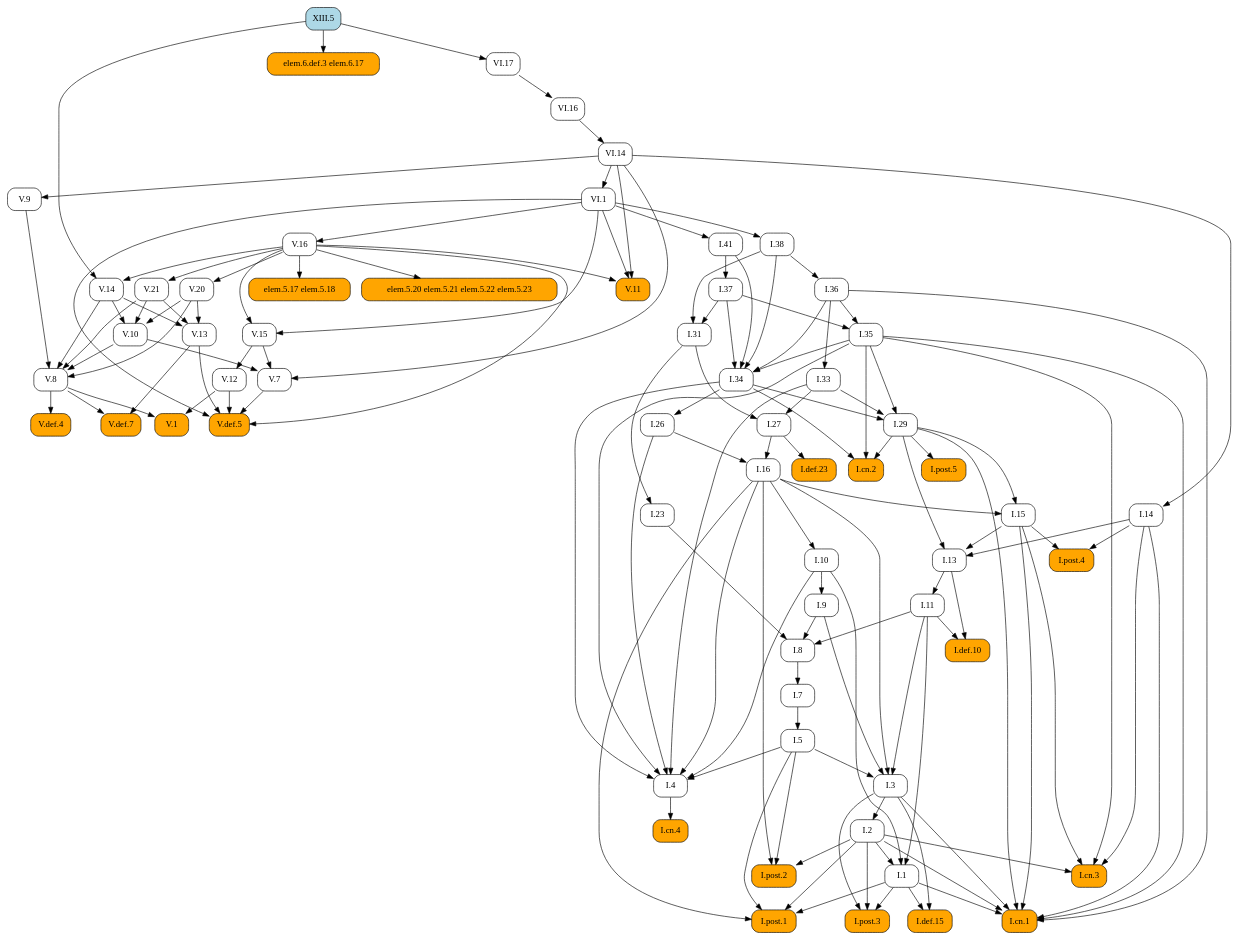
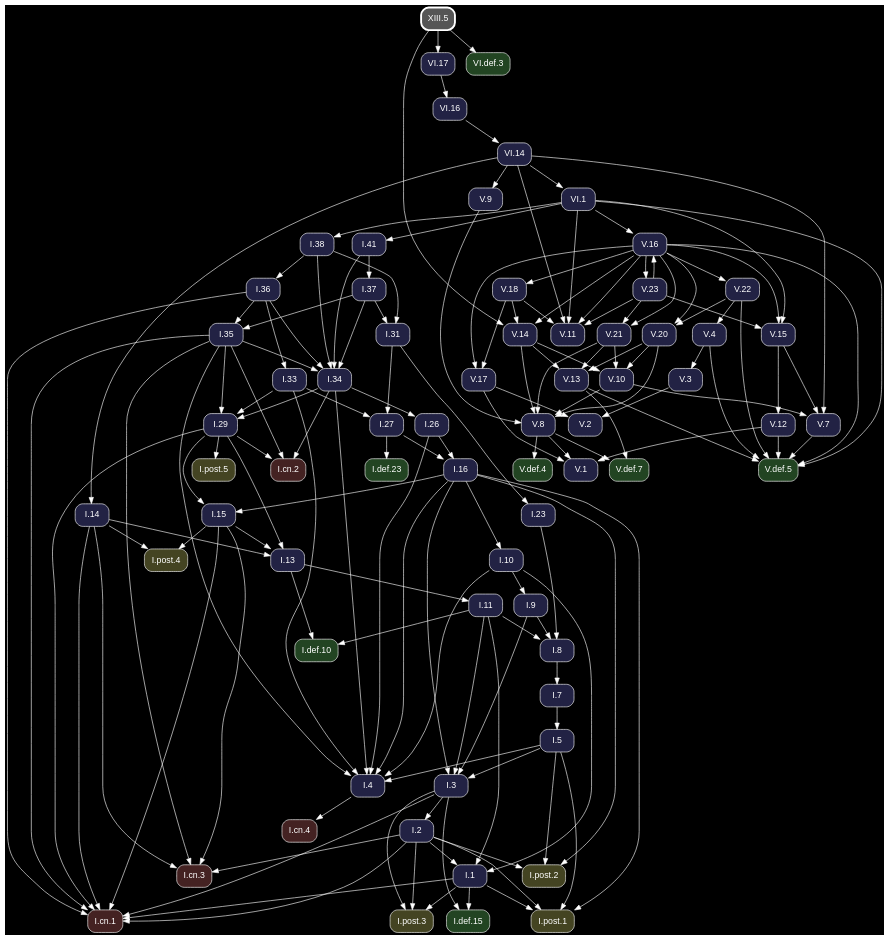
Before and after one commit to geometor/elements: the diagram in docsrc/heath/XIII/5/index.rst, drawn with Graphviz. The commit also changed other lines of this file and 1200 other files, not shown here.

Commit message:
update dependency graphs

```diff
--- a/docsrc/heath/XIII/5/index.rst
+++ b/docsrc/heath/XIII/5/index.rst
@@ -45,128 +45,81 @@
 .. graphviz::
 
    digraph {
+     bgcolor="black";
+     node [shape=box, style="rounded,filled", fontname="Helvetica", color="white", fontcolor="white"];
+     edge [color="white", fontcolor="white"];
      rankdir="TB";
-     node [shape=box, style=rounded];
-     "V.16" [URL="/heath/V/16/", target="_top"];
-     "I.23" [URL="/heath/I/23/", target="_top"];
-     "I.9" [URL="/heath/I/9/", target="_top"];
-     "I.33" [URL="/heath/I/33/", target="_top"];
-     "XIII.5" [style="rounded,filled", fillcolor=lightblue, URL="/heath/XIII/5/", target="_top"];
-     "I.def.15" [style="rounded,filled", fillcolor=orange, URL="/heath/I/def.15/", target="_top"];
-     "V.13" [URL="/heath/V/13/", target="_top"];
-     "V.7" [URL="/heath/V/7/", target="_top"];
-     "elem.5.17 elem.5.18" [style="rounded,filled", fillcolor=orange];
-     "I.post.3" [style="rounded,filled", fillcolor=orange, URL="/heath/I/post.3/", target="_top"];
-     "I.post.1" [style="rounded,filled", fillcolor=orange, URL="/heath/I/post.1/", target="_top"];
-     "V.14" [URL="/heath/V/14/", target="_top"];
-     "V.def.5" [style="rounded,filled", fillcolor=orange, URL="/heath/V/def.5/", target="_top"];
-     "V.9" [URL="/heath/V/9/", target="_top"];
-     "I.31" [URL="/heath/I/31/", target="_top"];
-     "V.10" [URL="/heath/V/10/", target="_top"];
-     "I.def.10" [style="rounded,filled", fillcolor=orange, URL="/heath/I/def.10/", target="_top"];
-     "VI.1" [URL="/heath/VI/1/", target="_top"];
-     "V.20" [URL="/heath/V/20/", target="_top"];
-     "VI.14" [URL="/heath/VI/14/", target="_top"];
-     "I.27" [URL="/heath/I/27/", target="_top"];
-     "I.14" [URL="/heath/I/14/", target="_top"];
-     "V.11" [style="rounded,filled", fillcolor=orange, URL="/heath/V/11/", target="_top"];
-     "elem.5.20 elem.5.21 elem.5.22 elem.5.23" [style="rounded,filled", fillcolor=orange];
-     "I.34" [URL="/heath/I/34/", target="_top"];
-     "V.12" [URL="/heath/V/12/", target="_top"];
-     "I.3" [URL="/heath/I/3/", target="_top"];
-     "V.def.4" [style="rounded,filled", fillcolor=orange, URL="/heath/V/def.4/", target="_top"];
-     "I.35" [URL="/heath/I/35/", target="_top"];
-     "I.cn.1" [style="rounded,filled", fillcolor=orange, URL="/heath/I/cn.1/", target="_top"];
-     "V.def.7" [style="rounded,filled", fillcolor=orange, URL="/heath/V/def.7/", target="_top"];
-     "I.7" [URL="/heath/I/7/", target="_top"];
-     "V.21" [URL="/heath/V/21/", target="_top"];
-     "I.2" [URL="/heath/I/2/", target="_top"];
-     "elem.6.def.3 elem.6.17" [style="rounded,filled", fillcolor=orange];
-     "I.36" [URL="/heath/I/36/", target="_top"];
-     "I.13" [URL="/heath/I/13/", target="_top"];
-     "I.post.4" [style="rounded,filled", fillcolor=orange, URL="/heath/I/post.4/", target="_top"];
-     "I.4" [URL="/heath/I/4/", target="_top"];
-     "I.1" [URL="/heath/I/1/", target="_top"];
-     "I.5" [URL="/heath/I/5/", target="_top"];
-     "I.37" [URL="/heath/I/37/", target="_top"];
-     "I.8" [URL="/heath/I/8/", target="_top"];
-     "I.cn.3" [style="rounded,filled", fillcolor=orange, URL="/heath/I/cn.3/", target="_top"];
-     "I.29" [URL="/heath/I/29/", target="_top"];
-     "I.16" [URL="/heath/I/16/", target="_top"];
-     "V.8" [URL="/heath/V/8/", target="_top"];
-     "I.38" [URL="/heath/I/38/", target="_top"];
-     "I.15" [URL="/heath/I/15/", target="_top"];
-     "V.1" [style="rounded,filled", fillcolor=orange, URL="/heath/V/1/", target="_top"];
-     "I.11" [URL="/heath/I/11/", target="_top"];
-     "I.def.23" [style="rounded,filled", fillcolor=orange, URL="/heath/I/def.23/", target="_top"];
-     "I.10" [URL="/heath/I/10/", target="_top"];
-     "I.cn.2" [style="rounded,filled", fillcolor=orange, URL="/heath/I/cn.2/", target="_top"];
-     "I.post.5" [style="rounded,filled", fillcolor=orange, URL="/heath/I/post.5/", target="_top"];
-     "VI.17" [URL="/heath/VI/17/", target="_top"];
-     "I.cn.4" [style="rounded,filled", fillcolor=orange, URL="/heath/I/cn.4/", target="_top"];
-     "I.41" [URL="/heath/I/41/", target="_top"];
-     "V.15" [URL="/heath/V/15/", target="_top"];
-     "I.post.2" [style="rounded,filled", fillcolor=orange, URL="/heath/I/post.2/", target="_top"];
-     "I.26" [URL="/heath/I/26/", target="_top"];
-     "VI.16" [URL="/heath/VI/16/", target="_top"];
-     "VI.1" -> "V.16";
-     "I.31" -> "I.23";
-     "I.10" -> "I.9";
-     "I.36" -> "I.33";
-     "I.1" -> "I.def.15";
-     "I.3" -> "I.def.15";
-     "V.14" -> "V.13";
-     "V.20" -> "V.13";
-     "V.21" -> "V.13";
-     "V.10" -> "V.7";
-     "V.15" -> "V.7";
-     "VI.14" -> "V.7";
-     "V.16" -> "elem.5.17 elem.5.18";
-     "I.1" -> "I.post.3";
-     "I.2" -> "I.post.3";
-     "I.3" -> "I.post.3";
-     "I.1" -> "I.post.1";
-     "I.2" -> "I.post.1";
-     "I.5" -> "I.post.1";
-     "I.16" -> "I.post.1";
-     "V.16" -> "V.14";
-     "XIII.5" -> "V.14";
-     "V.7" -> "V.def.5";
-     "V.12" -> "V.def.5";
-     "V.13" -> "V.def.5";
-     "V.16" -> "V.def.5";
-     "VI.1" -> "V.def.5";
-     "VI.14" -> "V.9";
-     "I.37" -> "I.31";
-     "I.38" -> "I.31";
-     "V.14" -> "V.10";
-     "V.20" -> "V.10";
-     "V.21" -> "V.10";
-     "I.11" -> "I.def.10";
-     "I.13" -> "I.def.10";
-     "VI.14" -> "VI.1";
-     "V.16" -> "V.20";
-     "VI.16" -> "VI.14";
-     "I.31" -> "I.27";
-     "I.33" -> "I.27";
-     "VI.14" -> "I.14";
-     "V.16" -> "V.11";
-     "VI.1" -> "V.11";
-     "VI.14" -> "V.11";
-     "V.16" -> "elem.5.20 elem.5.21 elem.5.22 elem.5.23";
-     "I.35" -> "I.34";
-     "I.36" -> "I.34";
-     "I.37" -> "I.34";
-     "I.38" -> "I.34";
-     "I.41" -> "I.34";
-     "V.15" -> "V.12";
-     "I.5" -> "I.3";
-     "I.9" -> "I.3";
-     "I.11" -> "I.3";
-     "I.16" -> "I.3";
-     "V.8" -> "V.def.4";
-     "I.36" -> "I.35";
-     "I.37" -> "I.35";
+     "V.15" [fillcolor="#222244", URL="/heath/V/15/", target="_top"];
+     "VI.def.3" [fillcolor="#224422", URL="/heath/VI/def.3/", target="_top"];
+     "I.cn.1" [fillcolor="#442222", URL="/heath/I/cn.1/", target="_top"];
+     "V.18" [fillcolor="#222244", URL="/heath/V/18/", target="_top"];
+     "V.14" [fillcolor="#222244", URL="/heath/V/14/", target="_top"];
+     "I.27" [fillcolor="#222244", URL="/heath/I/27/", target="_top"];
+     "V.23" [fillcolor="#222244", URL="/heath/V/23/", target="_top"];
+     "I.2" [fillcolor="#222244", URL="/heath/I/2/", target="_top"];
+     "I.41" [fillcolor="#222244", URL="/heath/I/41/", target="_top"];
+     "I.post.4" [fillcolor="#444422", URL="/heath/I/post.4/", target="_top"];
+     "I.26" [fillcolor="#222244", URL="/heath/I/26/", target="_top"];
+     "I.8" [fillcolor="#222244", URL="/heath/I/8/", target="_top"];
+     "V.4" [fillcolor="#222244", URL="/heath/V/4/", target="_top"];
+     "V.16" [fillcolor="#222244", URL="/heath/V/16/", target="_top"];
+     "I.7" [fillcolor="#222244", URL="/heath/I/7/", target="_top"];
+     "I.5" [fillcolor="#222244", URL="/heath/I/5/", target="_top"];
+     "V.11" [fillcolor="#222244", URL="/heath/V/11/", target="_top"];
+     "V.def.4" [fillcolor="#224422", URL="/heath/V/def.4/", target="_top"];
+     "V.20" [fillcolor="#222244", URL="/heath/V/20/", target="_top"];
+     "I.11" [fillcolor="#222244", URL="/heath/I/11/", target="_top"];
+     "I.37" [fillcolor="#222244", URL="/heath/I/37/", target="_top"];
+     "I.cn.3" [fillcolor="#442222", URL="/heath/I/cn.3/", target="_top"];
+     "I.36" [fillcolor="#222244", URL="/heath/I/36/", target="_top"];
+     "I.38" [fillcolor="#222244", URL="/heath/I/38/", target="_top"];
+     "I.post.2" [fillcolor="#444422", URL="/heath/I/post.2/", target="_top"];
+     "I.def.23" [fillcolor="#224422", URL="/heath/I/def.23/", target="_top"];
+     "I.35" [fillcolor="#222244", URL="/heath/I/35/", target="_top"];
+     "I.post.3" [fillcolor="#444422", URL="/heath/I/post.3/", target="_top"];
+     "V.13" [fillcolor="#222244", URL="/heath/V/13/", target="_top"];
+     "V.8" [fillcolor="#222244", URL="/heath/V/8/", target="_top"];
+     "I.33" [fillcolor="#222244", URL="/heath/I/33/", target="_top"];
+     "VI.17" [fillcolor="#222244", URL="/heath/VI/17/", target="_top"];
+     "V.10" [fillcolor="#222244", URL="/heath/V/10/", target="_top"];
+     "V.def.5" [fillcolor="#224422", URL="/heath/V/def.5/", target="_top"];
+     "V.22" [fillcolor="#222244", URL="/heath/V/22/", target="_top"];
+     "I.31" [fillcolor="#222244", URL="/heath/I/31/", target="_top"];
+     "I.3" [fillcolor="#222244", URL="/heath/I/3/", target="_top"];
+     "V.12" [fillcolor="#222244", URL="/heath/V/12/", target="_top"];
+     "I.def.10" [fillcolor="#224422", URL="/heath/I/def.10/", target="_top"];
+     "I.15" [fillcolor="#222244", URL="/heath/I/15/", target="_top"];
+     "I.13" [fillcolor="#222244", URL="/heath/I/13/", target="_top"];
+     "I.cn.2" [fillcolor="#442222", URL="/heath/I/cn.2/", target="_top"];
+     "I.9" [fillcolor="#222244", URL="/heath/I/9/", target="_top"];
+     "I.1" [fillcolor="#222244", URL="/heath/I/1/", target="_top"];
+     "I.post.5" [fillcolor="#444422", URL="/heath/I/post.5/", target="_top"];
+     "VI.14" [fillcolor="#222244", URL="/heath/VI/14/", target="_top"];
+     "I.23" [fillcolor="#222244", URL="/heath/I/23/", target="_top"];
+     "I.4" [fillcolor="#222244", URL="/heath/I/4/", target="_top"];
+     "V.7" [fillcolor="#222244", URL="/heath/V/7/", target="_top"];
+     "V.9" [fillcolor="#222244", URL="/heath/V/9/", target="_top"];
+     "VI.1" [fillcolor="#222244", URL="/heath/VI/1/", target="_top"];
+     "I.10" [fillcolor="#222244", URL="/heath/I/10/", target="_top"];
+     "V.def.7" [fillcolor="#224422", URL="/heath/V/def.7/", target="_top"];
+     "I.post.1" [fillcolor="#444422", URL="/heath/I/post.1/", target="_top"];
+     "I.16" [fillcolor="#222244", URL="/heath/I/16/", target="_top"];
+     "I.29" [fillcolor="#222244", URL="/heath/I/29/", target="_top"];
+     "VI.16" [fillcolor="#222244", URL="/heath/VI/16/", target="_top"];
+     "I.cn.4" [fillcolor="#442222", URL="/heath/I/cn.4/", target="_top"];
+     "I.14" [fillcolor="#222244", URL="/heath/I/14/", target="_top"];
+     "V.1" [fillcolor="#222244", URL="/heath/V/1/", target="_top"];
+     "V.2" [fillcolor="#222244", URL="/heath/V/2/", target="_top"];
+     "V.21" [fillcolor="#222244", URL="/heath/V/21/", target="_top"];
+     "I.34" [fillcolor="#222244", URL="/heath/I/34/", target="_top"];
+     "I.def.15" [fillcolor="#224422", URL="/heath/I/def.15/", target="_top"];
+     "V.3" [fillcolor="#222244", URL="/heath/V/3/", target="_top"];
+     "V.17" [fillcolor="#222244", URL="/heath/V/17/", target="_top"];
+     "XIII.5" [penwidth=3, color="white", fillcolor="#555555", URL="/heath/XIII/5/", target="_top"];
+     "V.16" -> "V.15";
+     "V.23" -> "V.15";
+     "VI.1" -> "V.15";
+     "XIII.5" -> "VI.def.3";
      "I.1" -> "I.cn.1";
      "I.2" -> "I.cn.1";
      "I.3" -> "I.cn.1";
@@ -175,18 +128,96 @@
      "I.29" -> "I.cn.1";
      "I.35" -> "I.cn.1";
      "I.36" -> "I.cn.1";
-     "V.8" -> "V.def.7";
-     "V.13" -> "V.def.7";
+     "V.16" -> "V.18";
+     "V.16" -> "V.14";
+     "V.18" -> "V.14";
+     "XIII.5" -> "V.14";
+     "I.31" -> "I.27";
+     "I.33" -> "I.27";
+     "V.16" -> "V.23";
+     "I.3" -> "I.2";
+     "VI.1" -> "I.41";
+     "I.14" -> "I.post.4";
+     "I.15" -> "I.post.4";
+     "I.34" -> "I.26";
+     "I.9" -> "I.8";
+     "I.11" -> "I.8";
+     "I.23" -> "I.8";
+     "V.22" -> "V.4";
+     "V.23" -> "V.16";
+     "VI.1" -> "V.16";
      "I.8" -> "I.7";
-     "V.16" -> "V.21";
-     "I.3" -> "I.2";
-     "XIII.5" -> "elem.6.def.3 elem.6.17";
+     "I.7" -> "I.5";
+     "V.16" -> "V.11";
+     "V.18" -> "V.11";
+     "V.23" -> "V.11";
+     "VI.1" -> "V.11";
+     "VI.14" -> "V.11";
+     "V.8" -> "V.def.4";
+     "V.16" -> "V.20";
+     "V.22" -> "V.20";
+     "I.13" -> "I.11";
+     "I.41" -> "I.37";
+     "I.2" -> "I.cn.3";
+     "I.14" -> "I.cn.3";
+     "I.15" -> "I.cn.3";
+     "I.35" -> "I.cn.3";
      "I.38" -> "I.36";
+     "VI.1" -> "I.38";
+     "I.2" -> "I.post.2";
+     "I.5" -> "I.post.2";
+     "I.16" -> "I.post.2";
+     "I.27" -> "I.def.23";
+     "I.36" -> "I.35";
+     "I.37" -> "I.35";
+     "I.1" -> "I.post.3";
+     "I.2" -> "I.post.3";
+     "I.3" -> "I.post.3";
+     "V.14" -> "V.13";
+     "V.20" -> "V.13";
+     "V.21" -> "V.13";
+     "V.9" -> "V.8";
+     "V.10" -> "V.8";
+     "V.14" -> "V.8";
+     "V.20" -> "V.8";
+     "V.21" -> "V.8";
+     "I.36" -> "I.33";
+     "XIII.5" -> "VI.17";
+     "V.14" -> "V.10";
+     "V.20" -> "V.10";
+     "V.21" -> "V.10";
+     "V.4" -> "V.def.5";
+     "V.7" -> "V.def.5";
+     "V.12" -> "V.def.5";
+     "V.13" -> "V.def.5";
+     "V.16" -> "V.def.5";
+     "V.22" -> "V.def.5";
+     "VI.1" -> "V.def.5";
+     "V.16" -> "V.22";
+     "I.37" -> "I.31";
+     "I.38" -> "I.31";
+     "I.5" -> "I.3";
+     "I.9" -> "I.3";
+     "I.11" -> "I.3";
+     "I.16" -> "I.3";
+     "V.15" -> "V.12";
+     "I.11" -> "I.def.10";
+     "I.13" -> "I.def.10";
+     "I.16" -> "I.15";
+     "I.29" -> "I.15";
      "I.14" -> "I.13";
      "I.15" -> "I.13";
      "I.29" -> "I.13";
-     "I.14" -> "I.post.4";
-     "I.15" -> "I.post.4";
+     "I.29" -> "I.cn.2";
+     "I.34" -> "I.cn.2";
+     "I.35" -> "I.cn.2";
+     "I.10" -> "I.9";
+     "I.2" -> "I.1";
+     "I.10" -> "I.1";
+     "I.11" -> "I.1";
+     "I.29" -> "I.post.5";
+     "VI.16" -> "VI.14";
+     "I.31" -> "I.23";
      "I.5" -> "I.4";
      "I.10" -> "I.4";
      "I.16" -> "I.4";
@@ -194,48 +225,41 @@
      "I.33" -> "I.4";
      "I.34" -> "I.4";
      "I.35" -> "I.4";
-     "I.2" -> "I.1";
-     "I.10" -> "I.1";
-     "I.11" -> "I.1";
-     "I.7" -> "I.5";
-     "I.41" -> "I.37";
-     "I.9" -> "I.8";
-     "I.11" -> "I.8";
-     "I.23" -> "I.8";
-     "I.2" -> "I.cn.3";
-     "I.14" -> "I.cn.3";
-     "I.15" -> "I.cn.3";
-     "I.35" -> "I.cn.3";
+     "V.10" -> "V.7";
+     "V.15" -> "V.7";
+     "VI.14" -> "V.7";
+     "VI.14" -> "V.9";
+     "VI.14" -> "VI.1";
+     "I.16" -> "I.10";
+     "V.8" -> "V.def.7";
+     "V.13" -> "V.def.7";
+     "I.1" -> "I.post.1";
+     "I.2" -> "I.post.1";
+     "I.5" -> "I.post.1";
+     "I.16" -> "I.post.1";
+     "I.26" -> "I.16";
+     "I.27" -> "I.16";
      "I.33" -> "I.29";
      "I.34" -> "I.29";
      "I.35" -> "I.29";
-     "I.26" -> "I.16";
-     "I.27" -> "I.16";
-     "V.9" -> "V.8";
-     "V.10" -> "V.8";
-     "V.14" -> "V.8";
-     "V.20" -> "V.8";
-     "V.21" -> "V.8";
-     "VI.1" -> "I.38";
-     "I.16" -> "I.15";
-     "I.29" -> "I.15";
+     "VI.17" -> "VI.16";
+     "I.4" -> "I.cn.4";
+     "VI.14" -> "I.14";
      "V.8" -> "V.1";
      "V.12" -> "V.1";
-     "I.13" -> "I.11";
-     "I.27" -> "I.def.23";
-     "I.16" -> "I.10";
-     "I.29" -> "I.cn.2";
-     "I.34" -> "I.cn.2";
-     "I.35" -> "I.cn.2";
-     "I.29" -> "I.post.5";
-     "XIII.5" -> "VI.17";
-     "I.4" -> "I.cn.4";
-     "VI.1" -> "I.41";
-     "V.16" -> "V.15";
-     "VI.1" -> "V.15";
-     "I.2" -> "I.post.2";
-     "I.5" -> "I.post.2";
-     "I.16" -> "I.post.2";
-     "I.34" -> "I.26";
-     "VI.17" -> "VI.16";
+     "V.17" -> "V.1";
+     "V.3" -> "V.2";
+     "V.17" -> "V.2";
+     "V.16" -> "V.21";
+     "V.23" -> "V.21";
+     "I.35" -> "I.34";
+     "I.36" -> "I.34";
+     "I.37" -> "I.34";
+     "I.38" -> "I.34";
+     "I.41" -> "I.34";
+     "I.1" -> "I.def.15";
+     "I.3" -> "I.def.15";
+     "V.4" -> "V.3";
+     "V.16" -> "V.17";
+     "V.18" -> "V.17";
    }
```
